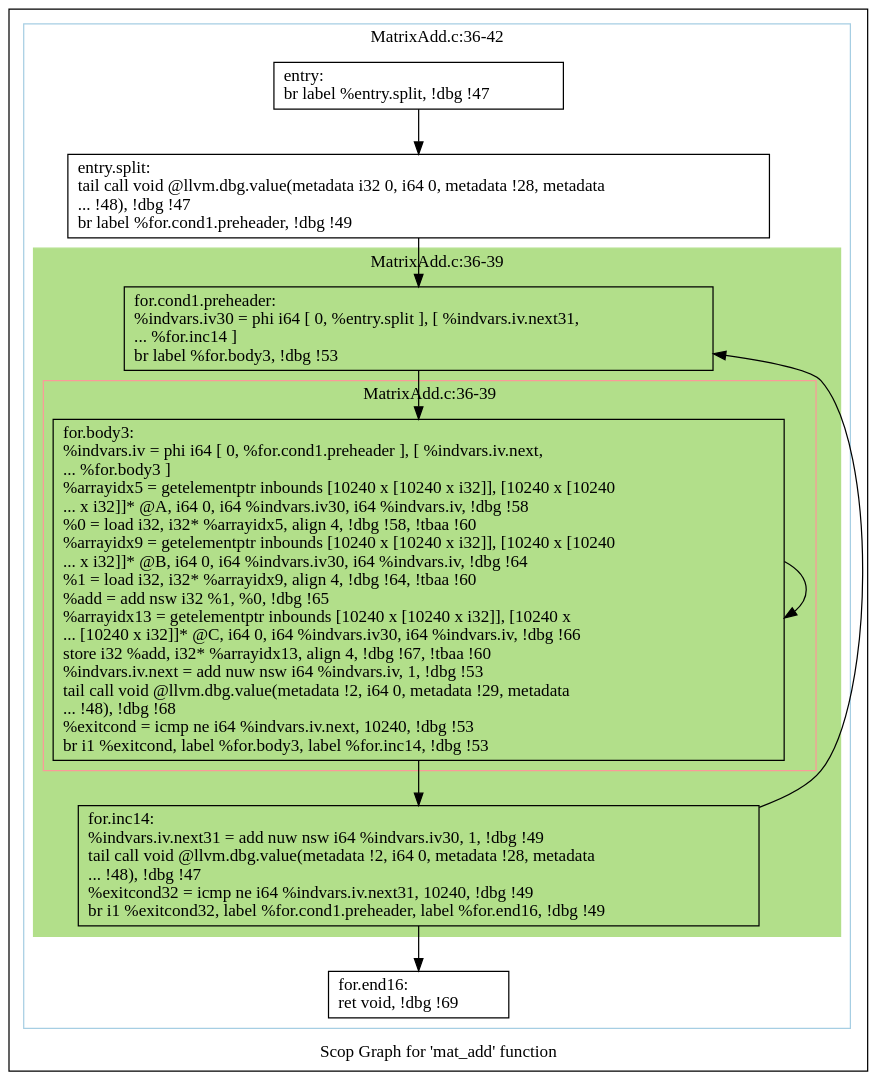
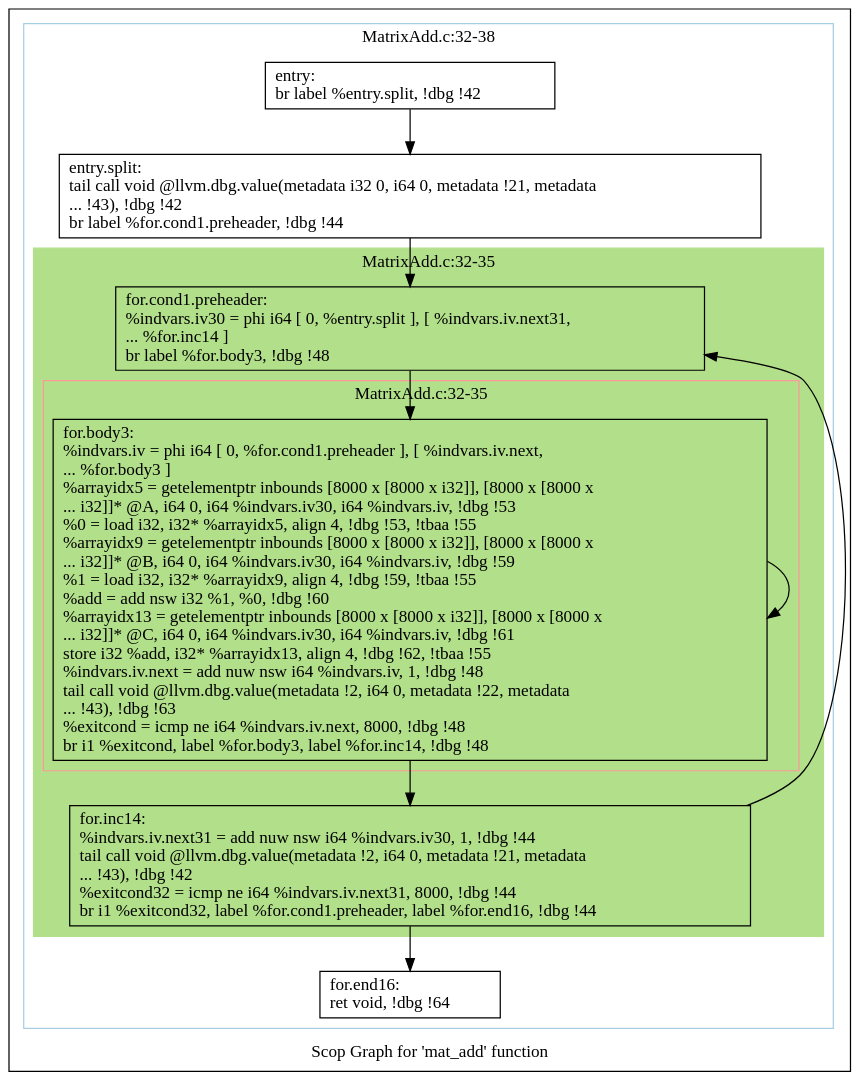
The diagram in polly/MatrixAdd/impl/handwritten/dot/scops.mat_add.dot (samminweng/WhileyOpenCL), drawn with Graphviz before and after one commit. The commit also changed 20 other files, not shown here.

```diff
--- a/polly/MatrixAdd/impl/handwritten/dot/scops.mat_add.dot
+++ b/polly/MatrixAdd/impl/handwritten/dot/scops.mat_add.dot
@@ -1,41 +1,41 @@
 digraph "Scop Graph for 'mat_add' function" {
 	label="Scop Graph for 'mat_add' function";
 
-	Node0xa14b3f0 [shape=record,label="{entry:\l  br label %entry.split, !dbg !47\l}"];
-	Node0xa14b3f0 -> Node0xa143fa0;
-	Node0xa143fa0 [shape=record,label="{entry.split:                                      \l  tail call void @llvm.dbg.value(metadata i32 0, i64 0, metadata !28, metadata\l... !48), !dbg !47\l  br label %for.cond1.preheader, !dbg !49\l}"];
-	Node0xa143fa0 -> Node0xa09e970;
-	Node0xa09e970 [shape=record,label="{for.cond1.preheader:                              \l  %indvars.iv30 = phi i64 [ 0, %entry.split ], [ %indvars.iv.next31,\l... %for.inc14 ]\l  br label %for.body3, !dbg !53\l}"];
-	Node0xa09e970 -> Node0xa09fd50;
-	Node0xa09fd50 [shape=record,label="{for.body3:                                        \l  %indvars.iv = phi i64 [ 0, %for.cond1.preheader ], [ %indvars.iv.next,\l... %for.body3 ]\l  %arrayidx5 = getelementptr inbounds [10240 x [10240 x i32]], [10240 x [10240\l... x i32]]* @A, i64 0, i64 %indvars.iv30, i64 %indvars.iv, !dbg !58\l  %0 = load i32, i32* %arrayidx5, align 4, !dbg !58, !tbaa !60\l  %arrayidx9 = getelementptr inbounds [10240 x [10240 x i32]], [10240 x [10240\l... x i32]]* @B, i64 0, i64 %indvars.iv30, i64 %indvars.iv, !dbg !64\l  %1 = load i32, i32* %arrayidx9, align 4, !dbg !64, !tbaa !60\l  %add = add nsw i32 %1, %0, !dbg !65\l  %arrayidx13 = getelementptr inbounds [10240 x [10240 x i32]], [10240 x\l... [10240 x i32]]* @C, i64 0, i64 %indvars.iv30, i64 %indvars.iv, !dbg !66\l  store i32 %add, i32* %arrayidx13, align 4, !dbg !67, !tbaa !60\l  %indvars.iv.next = add nuw nsw i64 %indvars.iv, 1, !dbg !53\l  tail call void @llvm.dbg.value(metadata !2, i64 0, metadata !29, metadata\l... !48), !dbg !68\l  %exitcond = icmp ne i64 %indvars.iv.next, 10240, !dbg !53\l  br i1 %exitcond, label %for.body3, label %for.inc14, !dbg !53\l}"];
-	Node0xa09fd50 -> Node0xa09fd50[constraint=false];
-	Node0xa09fd50 -> Node0xa0a3130;
-	Node0xa0a3130 [shape=record,label="{for.inc14:                                        \l  %indvars.iv.next31 = add nuw nsw i64 %indvars.iv30, 1, !dbg !49\l  tail call void @llvm.dbg.value(metadata !2, i64 0, metadata !28, metadata\l... !48), !dbg !47\l  %exitcond32 = icmp ne i64 %indvars.iv.next31, 10240, !dbg !49\l  br i1 %exitcond32, label %for.cond1.preheader, label %for.end16, !dbg !49\l}"];
-	Node0xa0a3130 -> Node0xa09e970[constraint=false];
-	Node0xa0a3130 -> Node0xa095f50;
-	Node0xa095f50 [shape=record,label="{for.end16:                                        \l  ret void, !dbg !69\l}"];
+	Node0xaf7d110 [shape=record,label="{entry:\l  br label %entry.split, !dbg !42\l}"];
+	Node0xaf7d110 -> Node0xad40a50;
+	Node0xad40a50 [shape=record,label="{entry.split:                                      \l  tail call void @llvm.dbg.value(metadata i32 0, i64 0, metadata !21, metadata\l... !43), !dbg !42\l  br label %for.cond1.preheader, !dbg !44\l}"];
+	Node0xad40a50 -> Node0xaf7e470;
+	Node0xaf7e470 [shape=record,label="{for.cond1.preheader:                              \l  %indvars.iv30 = phi i64 [ 0, %entry.split ], [ %indvars.iv.next31,\l... %for.inc14 ]\l  br label %for.body3, !dbg !48\l}"];
+	Node0xaf7e470 -> Node0xae959d0;
+	Node0xae959d0 [shape=record,label="{for.body3:                                        \l  %indvars.iv = phi i64 [ 0, %for.cond1.preheader ], [ %indvars.iv.next,\l... %for.body3 ]\l  %arrayidx5 = getelementptr inbounds [8000 x [8000 x i32]], [8000 x [8000 x\l... i32]]* @A, i64 0, i64 %indvars.iv30, i64 %indvars.iv, !dbg !53\l  %0 = load i32, i32* %arrayidx5, align 4, !dbg !53, !tbaa !55\l  %arrayidx9 = getelementptr inbounds [8000 x [8000 x i32]], [8000 x [8000 x\l... i32]]* @B, i64 0, i64 %indvars.iv30, i64 %indvars.iv, !dbg !59\l  %1 = load i32, i32* %arrayidx9, align 4, !dbg !59, !tbaa !55\l  %add = add nsw i32 %1, %0, !dbg !60\l  %arrayidx13 = getelementptr inbounds [8000 x [8000 x i32]], [8000 x [8000 x\l... i32]]* @C, i64 0, i64 %indvars.iv30, i64 %indvars.iv, !dbg !61\l  store i32 %add, i32* %arrayidx13, align 4, !dbg !62, !tbaa !55\l  %indvars.iv.next = add nuw nsw i64 %indvars.iv, 1, !dbg !48\l  tail call void @llvm.dbg.value(metadata !2, i64 0, metadata !22, metadata\l... !43), !dbg !63\l  %exitcond = icmp ne i64 %indvars.iv.next, 8000, !dbg !48\l  br i1 %exitcond, label %for.body3, label %for.inc14, !dbg !48\l}"];
+	Node0xae959d0 -> Node0xae959d0[constraint=false];
+	Node0xae959d0 -> Node0xae90d20;
+	Node0xae90d20 [shape=record,label="{for.inc14:                                        \l  %indvars.iv.next31 = add nuw nsw i64 %indvars.iv30, 1, !dbg !44\l  tail call void @llvm.dbg.value(metadata !2, i64 0, metadata !21, metadata\l... !43), !dbg !42\l  %exitcond32 = icmp ne i64 %indvars.iv.next31, 8000, !dbg !44\l  br i1 %exitcond32, label %for.cond1.preheader, label %for.end16, !dbg !44\l}"];
+	Node0xae90d20 -> Node0xaf7e470[constraint=false];
+	Node0xae90d20 -> Node0xae90d40;
+	Node0xae90d40 [shape=record,label="{for.end16:                                        \l  ret void, !dbg !64\l}"];
 	colorscheme = "paired12"
-        subgraph cluster_0xa183cb0 {
-          label = "MatrixAdd.c:36-42
+        subgraph cluster_0xaea4150 {
+          label = "MatrixAdd.c:32-38
 ";
           style = solid;
           color = 1
-          subgraph cluster_0xa188bd0 {
-            label = "MatrixAdd.c:36-39
+          subgraph cluster_0xae95b50 {
+            label = "MatrixAdd.c:32-35
 ";
             style = filled;
-            color = 3            subgraph cluster_0xa0a54b0 {
-              label = "MatrixAdd.c:36-39
+            color = 3            subgraph cluster_0xaf77760 {
+              label = "MatrixAdd.c:32-35
 ";
               style = solid;
               color = 5
-              Node0xa09fd50;
+              Node0xae959d0;
             }
-            Node0xa09e970;
-            Node0xa0a3130;
+            Node0xaf7e470;
+            Node0xae90d20;
           }
-          Node0xa14b3f0;
-          Node0xa143fa0;
-          Node0xa095f50;
+          Node0xaf7d110;
+          Node0xad40a50;
+          Node0xae90d40;
         }
 }
```
